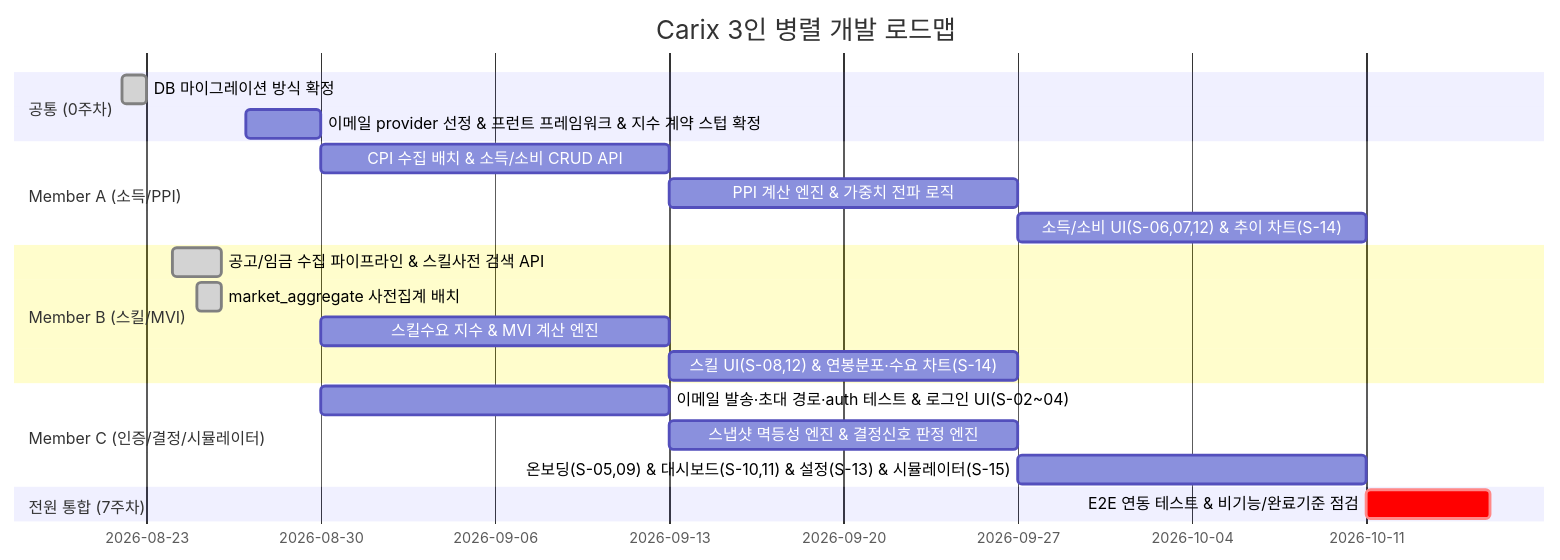
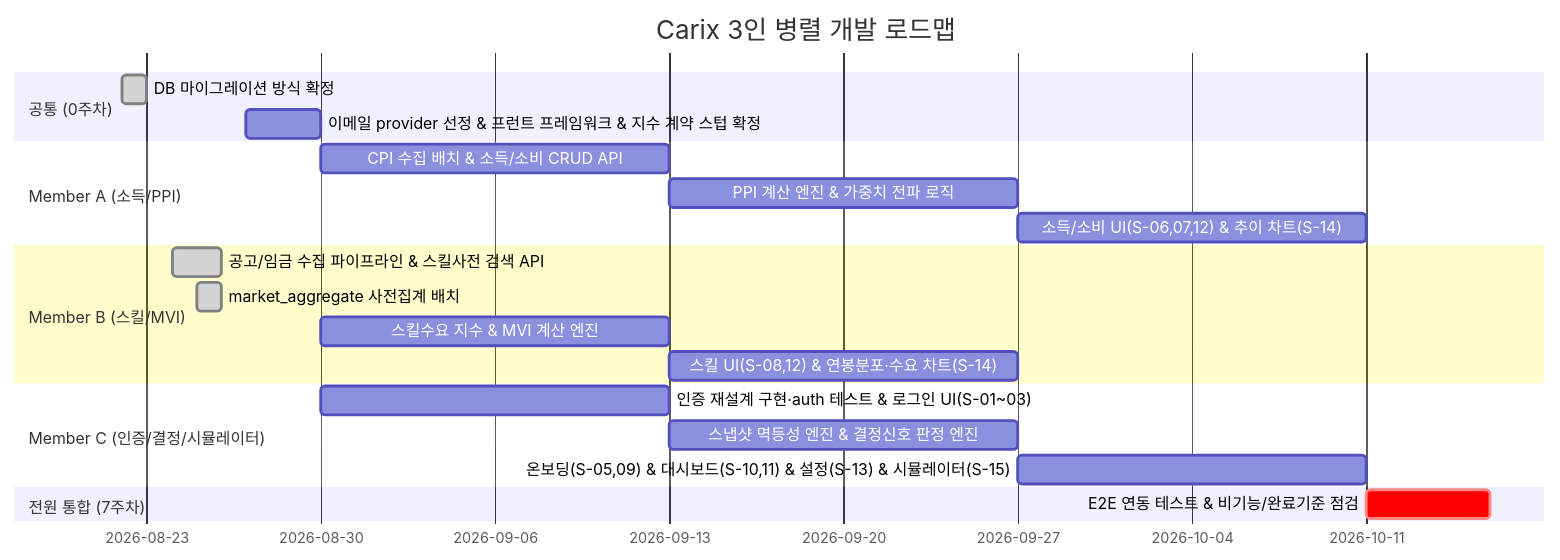
One commit to SeoHyeokGyu/Carix changed the first of 2 diagrams in docs/plans/carix-dev-plan.md. Above: the diagram before and after it, drawn with Mermaid. The commit also changed other lines of this file and 8 other files, not shown here.

````diff
--- a/docs/plans/carix-dev-plan.md
+++ b/docs/plans/carix-dev-plan.md
@@ -96,23 +96,23 @@
 ```mermaid
 gantt
     title Carix 3인 병렬 개발 로드맵
     dateFormat  YYYY-MM-DD
     section 공통 (0주차)
     DB 마이그레이션 방식 확정 :done, c0a, 2026-08-22, 1d
     이메일 provider 선정 & 프런트 프레임워크 & 지수 계약 스텁 확정 :c0, 2026-08-27, 3d
     section Member A (소득/PPI)
     CPI 수집 배치 & 소득/소비 CRUD API :a1, after c0, 14d
     PPI 계산 엔진 & 가중치 전파 로직 :a2, after a1, 14d
     소득/소비 UI(S-06,07,12) & 추이 차트(S-14) :a3, after a2, 14d
     section Member B (스킬/MVI)
     공고/임금 수집 파이프라인 & 스킬사전 검색 API :done, b1, 2026-08-24, 2d
     market_aggregate 사전집계 배치 :done, b2a, 2026-08-25, 1d
     스킬수요 지수 & MVI 계산 엔진 :b2, after c0, 14d
     스킬 UI(S-08,12) & 연봉분포·수요 차트(S-14) :b3, after b2, 14d
     section Member C (인증/결정/시뮬레이터)
-    이메일 발송·초대 경로·auth 테스트 & 로그인 UI(S-02~04) :c1, after c0, 14d
+    인증 재설계 구현·auth 테스트 & 로그인 UI(S-01~03) :c1, after c0, 14d
     스냅샷 멱등성 엔진 & 결정신호 판정 엔진 :c2, after c1, 14d
     온보딩(S-05,09) & 대시보드(S-10,11) & 설정(S-13) & 시뮬레이터(S-15) :c3, after c2, 14d
     section 전원 통합 (7주차)
     E2E 연동 테스트 & 비기능/완료기준 점검 :crit, e2e, after c3, 5d
 ```
````
